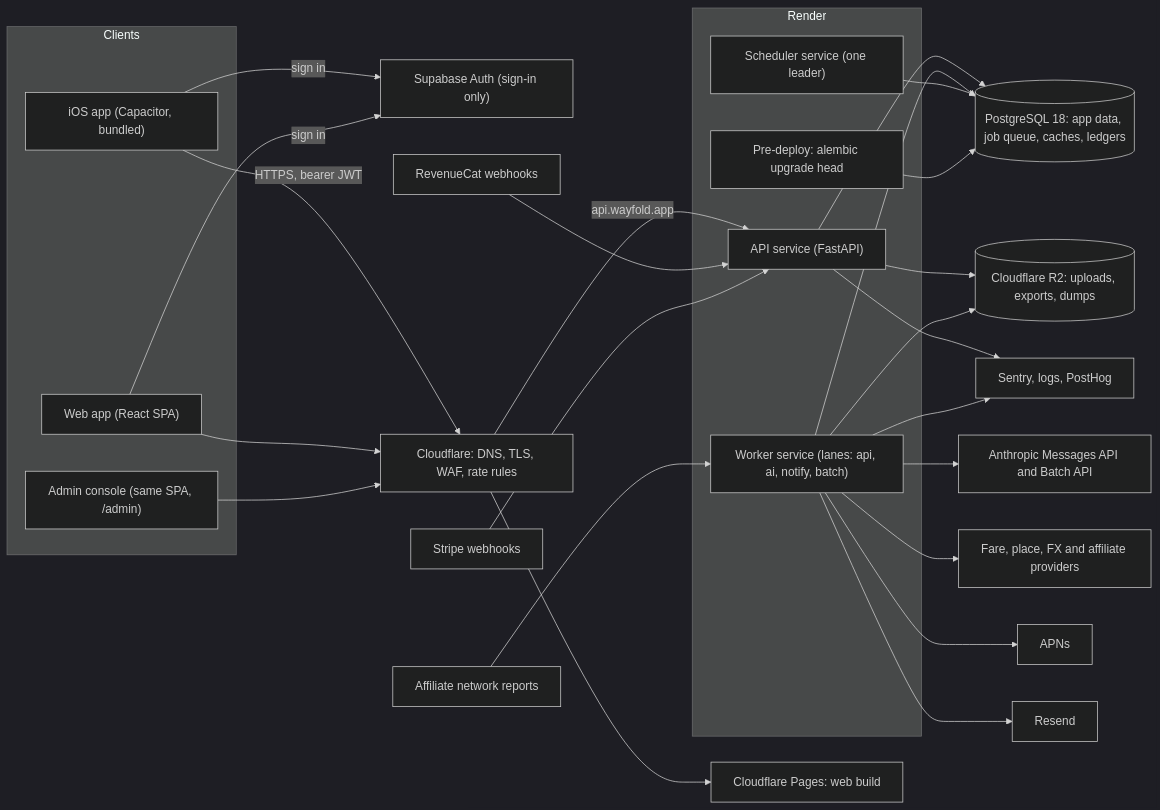
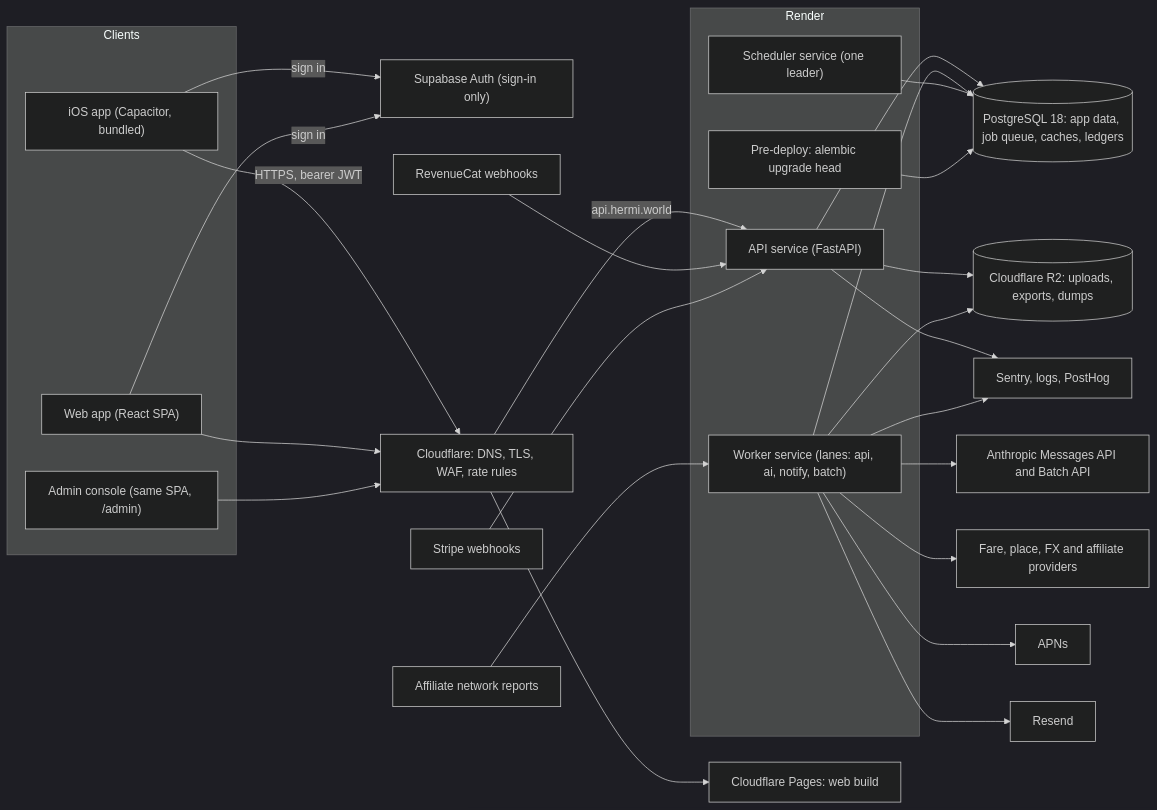
Before and after one commit to avillalv/trip-planner: the diagram in business-plan/app-buildout/reference-full-spec/02-architecture.md, drawn with Mermaid (dark theme). The commit also changed other lines of this file and 40 other files, not shown here.

````diff
--- a/business-plan/app-buildout/reference-full-spec/02-architecture.md
+++ b/business-plan/app-buildout/reference-full-spec/02-architecture.md
@@ -11,45 +11,45 @@
 ```mermaid
 flowchart LR
     subgraph Clients
         IOS["iOS app (Capacitor, bundled)"]
         WEB["Web app (React SPA)"]
         ADM["Admin console (same SPA, /admin)"]
     end
 
     SB["Supabase Auth (sign-in only)"]
     CF["Cloudflare: DNS, TLS, WAF, rate rules"]
     PAGES["Cloudflare Pages: web build"]
 
     IOS -->|"sign in"| SB
     WEB -->|"sign in"| SB
     IOS -->|"HTTPS, bearer JWT"| CF
     WEB --> CF
     ADM --> CF
     CF --> PAGES
-    CF -->|"api.wayfold.app"| API
+    CF -->|"api.hermi.world"| API
 
     subgraph Render
         API["API service (FastAPI)"]
         WK["Worker service (lanes: api, ai, notify, batch)"]
         SCH["Scheduler service (one leader)"]
         PRE["Pre-deploy: alembic upgrade head"]
     end
 
     API --> PG[("PostgreSQL 18: app data, job queue, caches, ledgers")]
     WK --> PG
     SCH --> PG
     PRE --> PG
     API --> R2[("Cloudflare R2: uploads, exports, dumps")]
     WK --> R2
 
     WK --> ANTH["Anthropic Messages API and Batch API"]
     WK --> DATA["Fare, place, FX and affiliate providers"]
     WK --> APNS["APNs"]
     WK --> MAIL["Resend"]
 
     RC["RevenueCat webhooks"] --> API
     STR["Stripe webhooks"] --> API
     AFF["Affiliate network reports"] --> WK
     API --> SEN["Sentry, logs, PostHog"]
     WK --> SEN
 ```
````
